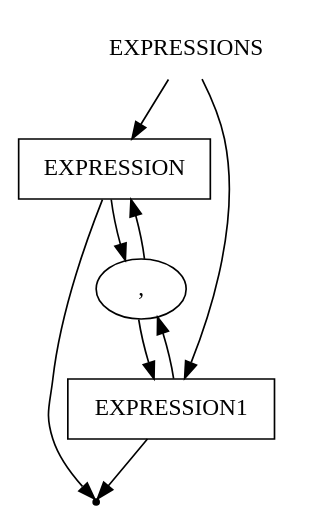
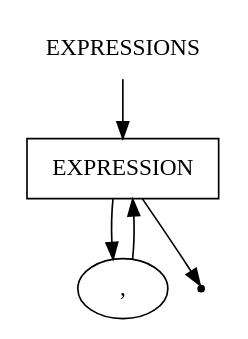
One commit to GlanceFromTheScreen/DiaDel changed the diagram in _examples/expression/expressions.gv. Above: the diagram before and after it, drawn with Graphviz. The commit also changed 14 other files, not shown here.

```diff
--- a/_examples/expression/expressions.gv
+++ b/_examples/expression/expressions.gv
@@ -1,15 +1,10 @@
 digraph EXPRESSIONS {
     start [label=EXPRESSIONS shape=plaintext]
     A [label=EXPRESSION shape=box]
     B [label="," shape=oval]
-    C [label=EXPRESSION1 shape=box]
     end [label="" shape=point]
     start -> A
     A -> B
     B -> A
-    start -> C
-    C -> B
-    B -> C
     A -> end
-    C -> end
 }
```
